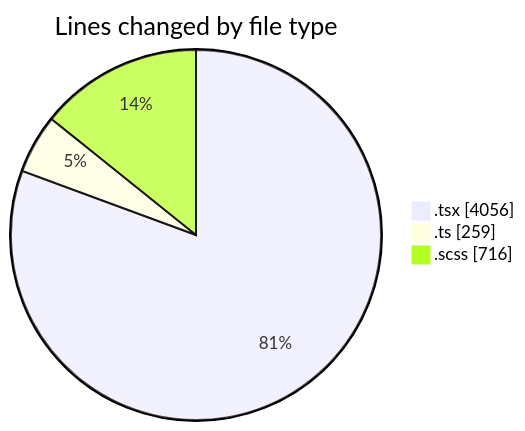
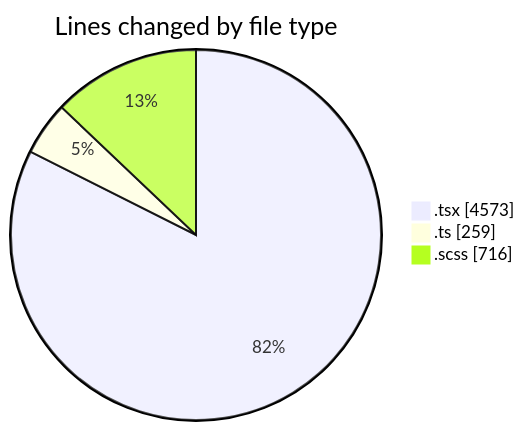
Before and after one commit to momahboobian/code-tracking: the first of 2 diagrams in 2025-09-15/cda/README.md, drawn with Mermaid. The commit also changed other lines of this file and 1 other file, not shown here.

````diff
--- a/2025-09-15/cda/README.md
+++ b/2025-09-15/cda/README.md
@@ -26,7 +26,7 @@
 ```mermaid
 pie showData
 title Lines changed by file type
-".tsx" : 4056
+".tsx" : 4573
 ".ts" : 259
 ".scss" : 716
 ```
````
